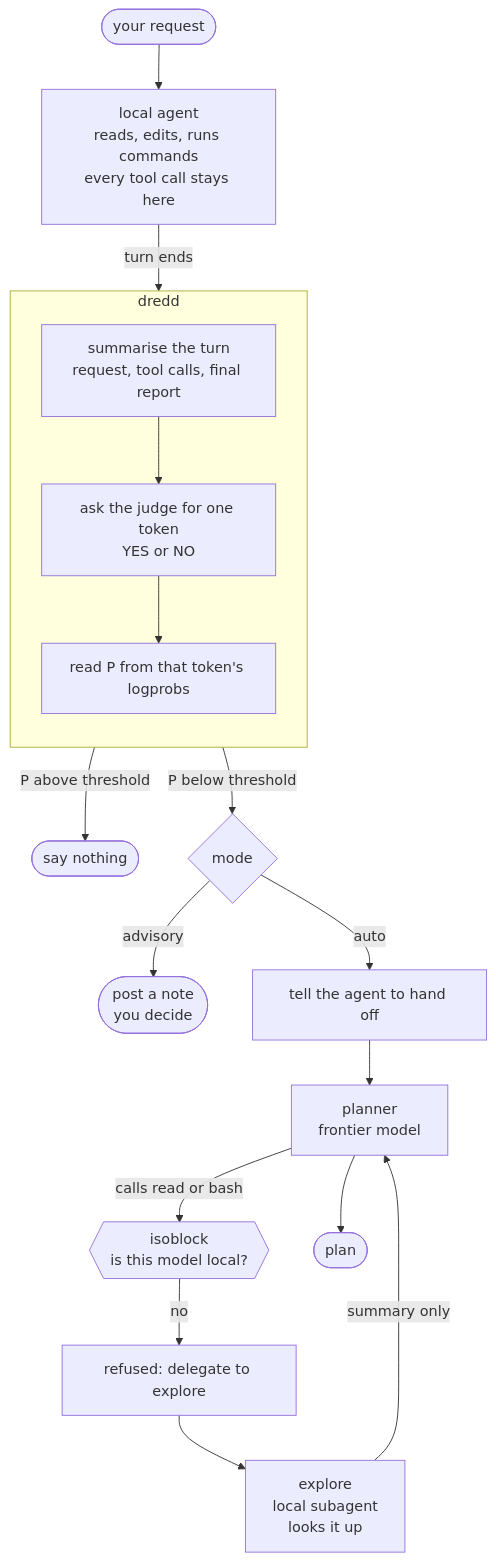
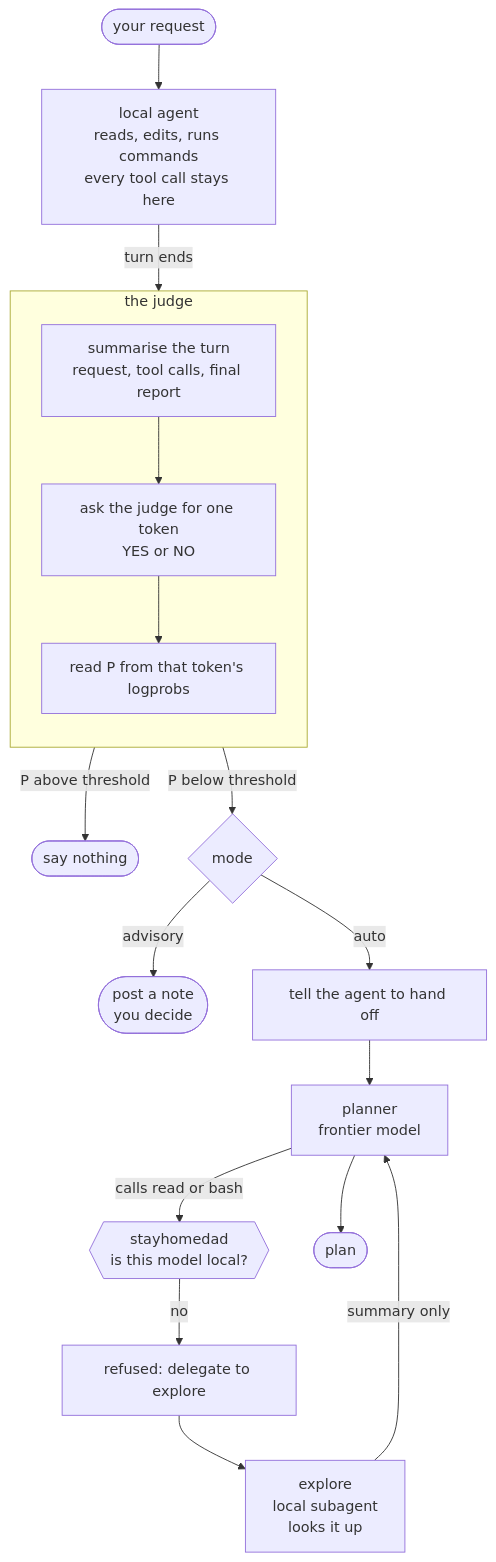
The diagram in README.md (nagydavid/dredd), drawn with Mermaid before and after one commit. The commit also changed other lines of this file and 8 other files, not shown here.

First line of the commit message:
rename: dredd is now stayhomedad

````diff
--- a/README.md
+++ b/README.md
@@ -162,22 +146,22 @@
 ```mermaid
 flowchart TD
     U(["your request"]) --> L["local agent<br/>reads, edits, runs commands<br/>every tool call stays here"]
 
-    subgraph G["dredd"]
+    subgraph G["the judge"]
         direction TB
         S["summarise the turn<br/>request, tool calls, final report"] --> J["ask the judge for one token<br/>YES or NO"] --> P["read P from that token's logprobs"]
     end
 
     L -->|turn ends| S
     P -->|"P above threshold"| Q(["say nothing"])
     P -->|"P below threshold"| M{mode}
     M -->|advisory| A(["post a note<br/>you decide"])
     M -->|auto| H["tell the agent to hand off"]
     H --> F["planner<br/>frontier model"]
 
-    F -->|"calls read or bash"| B{{"isoblock<br/>is this model local?"}}
+    F -->|"calls read or bash"| B{{"stayhomedad<br/>is this model local?"}}
     B -->|no| R["refused: delegate to explore"]
     R --> X["explore<br/>local subagent<br/>looks it up"]
     X -->|"summary only"| F
     F --> D(["plan"])
 ```
````
